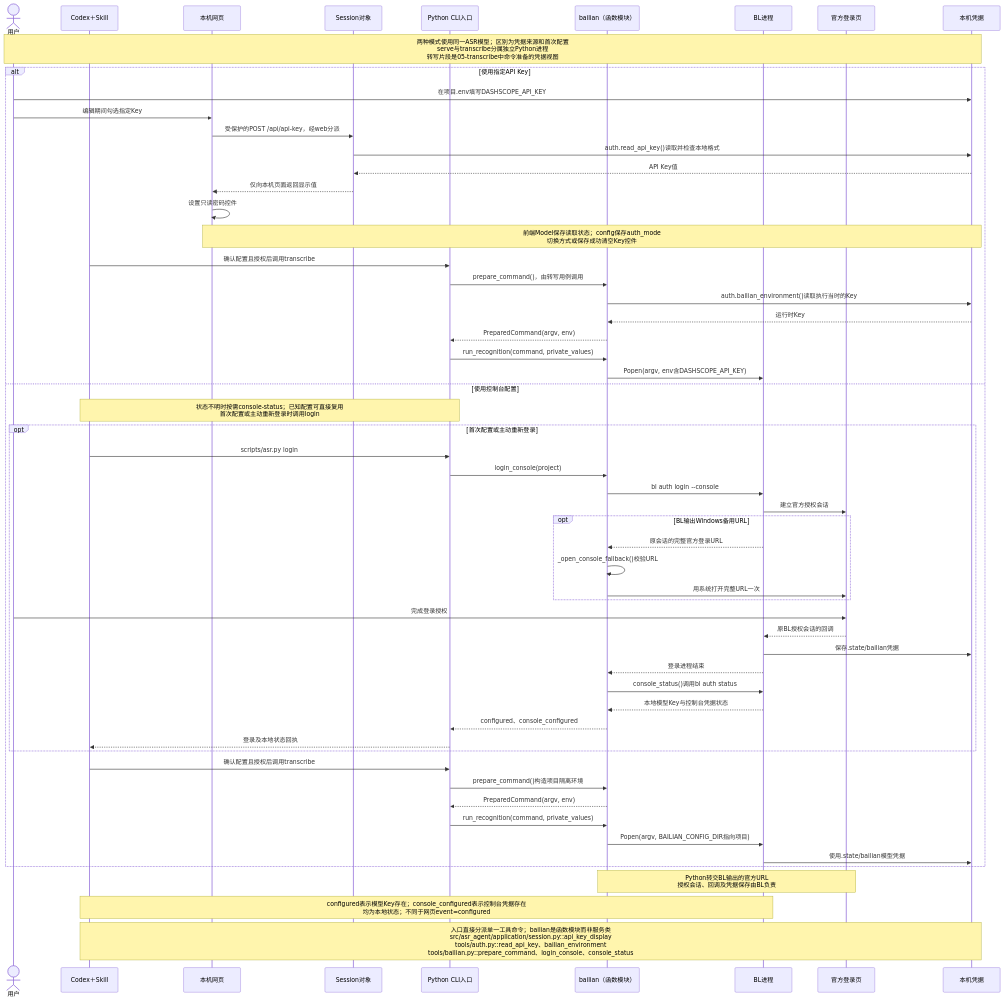
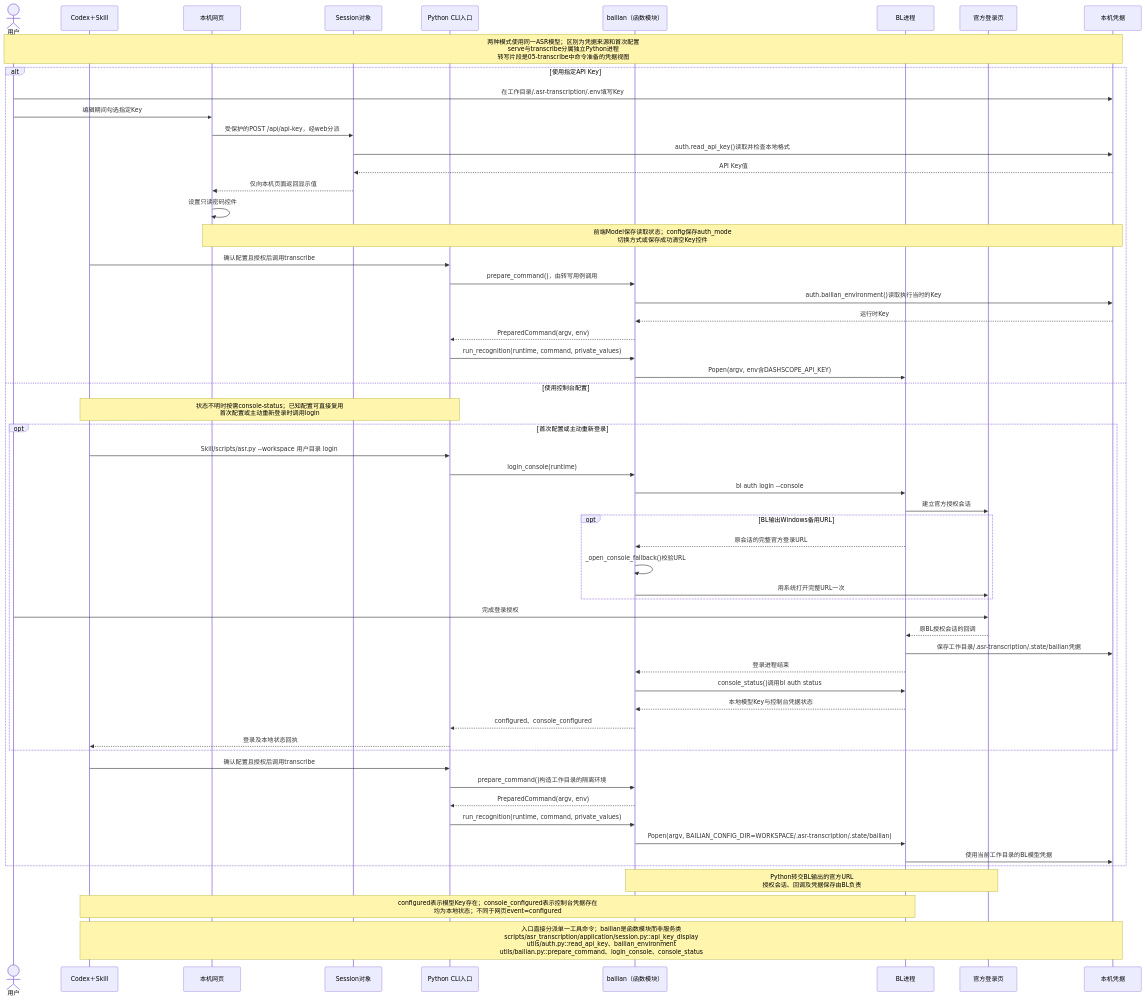
The diagram in doc/uml/04-auth.mmd (hx101700/asr-agent), drawn with Mermaid before and after one commit. The commit also changed 131 other files, not shown here.

Commit message:
refactor: deliver transcription skill with explicit write boundaries

```diff
--- a/doc/uml/04-auth.mmd
+++ b/doc/uml/04-auth.mmd
@@ -1,58 +1,58 @@
 sequenceDiagram
 actor U as 用户
 participant C as Codex＋Skill
 participant W as 本机网页
 participant S as Session对象
 participant P as Python CLI入口
 participant K as bailian（函数模块）
 participant B as BL进程
 participant A as 官方登录页
 participant F as 本机凭据
 Note over U,F: 两种模式使用同一ASR模型；区别为凭据来源和首次配置<br/>serve与transcribe分属独立Python进程<br/>转写片段是05-transcribe中命令准备的凭据视图
 alt 使用指定API Key
-    U->>F: 在项目.env填写DASHSCOPE_API_KEY
+    U->>F: 在工作目录/.asr-transcription/.env填写Key
     U->>W: 编辑期间勾选指定Key
     W->>S: 受保护的POST /api/api-key，经web分派
     S->>F: auth.read_api_key()读取并检查本地格式
     F-->>S: API Key值
     S-->>W: 仅向本机页面返回显示值
     W->>W: 设置只读密码控件
     Note over W,F: 前端Model保存读取状态；config保存auth_mode<br/>切换方式或保存成功清空Key控件
     C->>P: 确认配置且授权后调用transcribe
     P->>K: prepare_command()，由转写用例调用
     K->>F: auth.bailian_environment()读取执行当时的Key
     F-->>K: 运行时Key
     K-->>P: PreparedCommand(argv, env)
-    P->>K: run_recognition(command, private_values)
+    P->>K: run_recognition(runtime, command, private_values)
     K->>B: Popen(argv, env含DASHSCOPE_API_KEY)
 else 使用控制台配置
     Note over C,P: 状态不明时按需console-status；已知配置可直接复用<br/>首次配置或主动重新登录时调用login
     opt 首次配置或主动重新登录
-        C->>P: scripts/asr.py login
-        P->>K: login_console(project)
+        C->>P: Skill/scripts/asr.py --workspace 用户目录 login
+        P->>K: login_console(runtime)
         K->>B: bl auth login --console
         B->>A: 建立官方授权会话
         opt BL输出Windows备用URL
             B-->>K: 原会话的完整官方登录URL
             K->>K: _open_console_fallback()校验URL
             K->>A: 用系统打开完整URL一次
         end
         U->>A: 完成登录授权
         A-->>B: 原BL授权会话的回调
-        B->>F: 保存.state/bailian凭据
+        B->>F: 保存工作目录/.asr-transcription/.state/bailian凭据
         B-->>K: 登录进程结束
         K->>B: console_status()调用bl auth status
         B-->>K: 本地模型Key与控制台凭据状态
         K-->>P: configured、console_configured
         P-->>C: 登录及本地状态回执
     end
     C->>P: 确认配置且授权后调用transcribe
-    P->>K: prepare_command()构造项目隔离环境
+    P->>K: prepare_command()构造工作目录的隔离环境
     K-->>P: PreparedCommand(argv, env)
-    P->>K: run_recognition(command, private_values)
-    K->>B: Popen(argv, BAILIAN_CONFIG_DIR指向项目)
-    B->>F: 使用.state/bailian模型凭据
+    P->>K: run_recognition(runtime, command, private_values)
+    K->>B: Popen(argv, BAILIAN_CONFIG_DIR=WORKSPACE/.asr-transcription/.state/bailian)
+    B->>F: 使用当前工作目录的BL模型凭据
 end
 Note over K,A: Python转交BL输出的官方URL<br/>授权会话、回调及凭据保存由BL负责
 Note over C,B: configured表示模型Key存在；console_configured表示控制台凭据存在<br/>均为本地状态；不同于网页event=configured
-Note over C,F: 入口直接分派单一工具命令；bailian是函数模块而非服务类<br/>src/asr_agent/application/session.py::api_key_display<br/>tools/auth.py::read_api_key、bailian_environment<br/>tools/bailian.py::prepare_command、login_console、console_status
+Note over C,F: 入口直接分派单一工具命令；bailian是函数模块而非服务类<br/>scripts/asr_transcription/application/session.py::api_key_display<br/>utils/auth.py::read_api_key、bailian_environment<br/>utils/bailian.py::prepare_command、login_console、console_status
```
